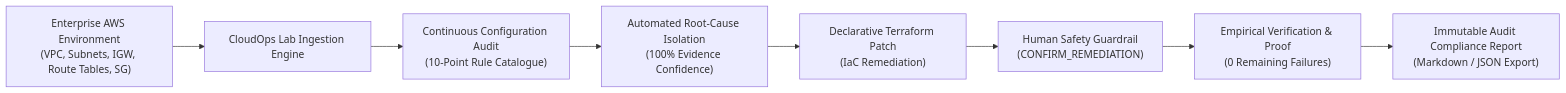
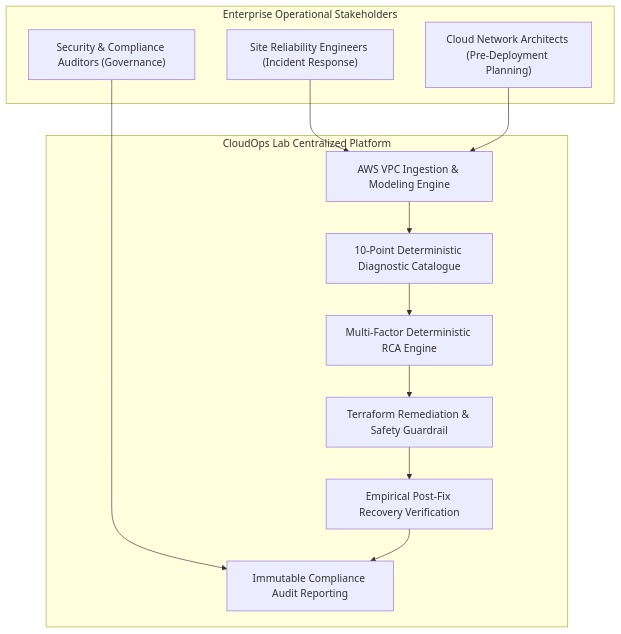
Before and after one commit to a7hu-15/cloud_ops: the first of 9 diagrams in docs/project_report.md, drawn with Mermaid. The commit also changed other lines of this file, not shown here.

Commit message:
docs: expand enterprise technical report to exhaustive 21-chapter specification

````diff
--- a/docs/project_report.md
+++ b/docs/project_report.md
@@ -28,10 +105,27 @@
 ```mermaid
-flowchart LR
-    A["Enterprise AWS Environment<br/>(VPC, Subnets, IGW, Route Tables, SG)"] --> B["CloudOps Lab Ingestion Engine"]
-    B --> C["Continuous Configuration Audit<br/>(10-Point Rule Catalogue)"]
-    C --> D["Automated Root-Cause Isolation<br/>(100% Evidence Confidence)"]
-    D --> E["Declarative Terraform Patch<br/>(IaC Remediation)"]
-    E --> F["Human Safety Guardrail<br/>(CONFIRM_REMEDIATION)"]
-    F --> G["Empirical Verification & Proof<br/>(0 Remaining Failures)"]
-    G --> H["Immutable Audit Compliance Report<br/>(Markdown / JSON Export)"]
+flowchart TD
+    subgraph Enterprise_Stakeholders ["Enterprise Operational Stakeholders"]
+        SRE["Site Reliability Engineers (Incident Response)"]
+        ARCH["Cloud Network Architects (Pre-Deployment Planning)"]
+        SEC["Security & Compliance Auditors (Governance)"]
+    end
+
+    subgraph CloudOps_Platform ["CloudOps Lab Centralized Platform"]
+        INGEST["AWS VPC Ingestion & Modeling Engine"]
+        AUDIT["10-Point Deterministic Diagnostic Catalogue"]
+        RCA["Multi-Factor Deterministic RCA Engine"]
+        IAC["Terraform Remediation & Safety Guardrail"]
+        REC["Empirical Post-Fix Recovery Verification"]
+        REP["Immutable Compliance Audit Reporting"]
+    end
+
+    SRE --> INGEST
+    ARCH --> INGEST
+    SEC --> REP
+
+    INGEST --> AUDIT
+    AUDIT --> RCA
+    RCA --> IAC
+    IAC --> REC
+    REC --> REP
 ```
````
